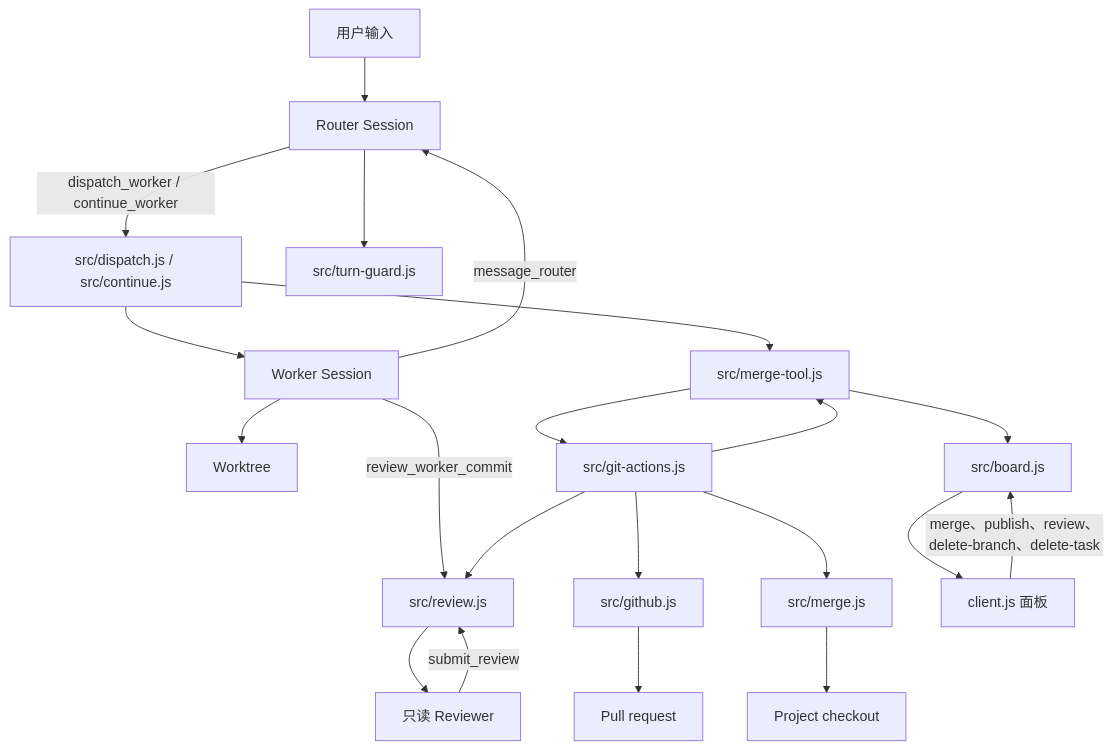
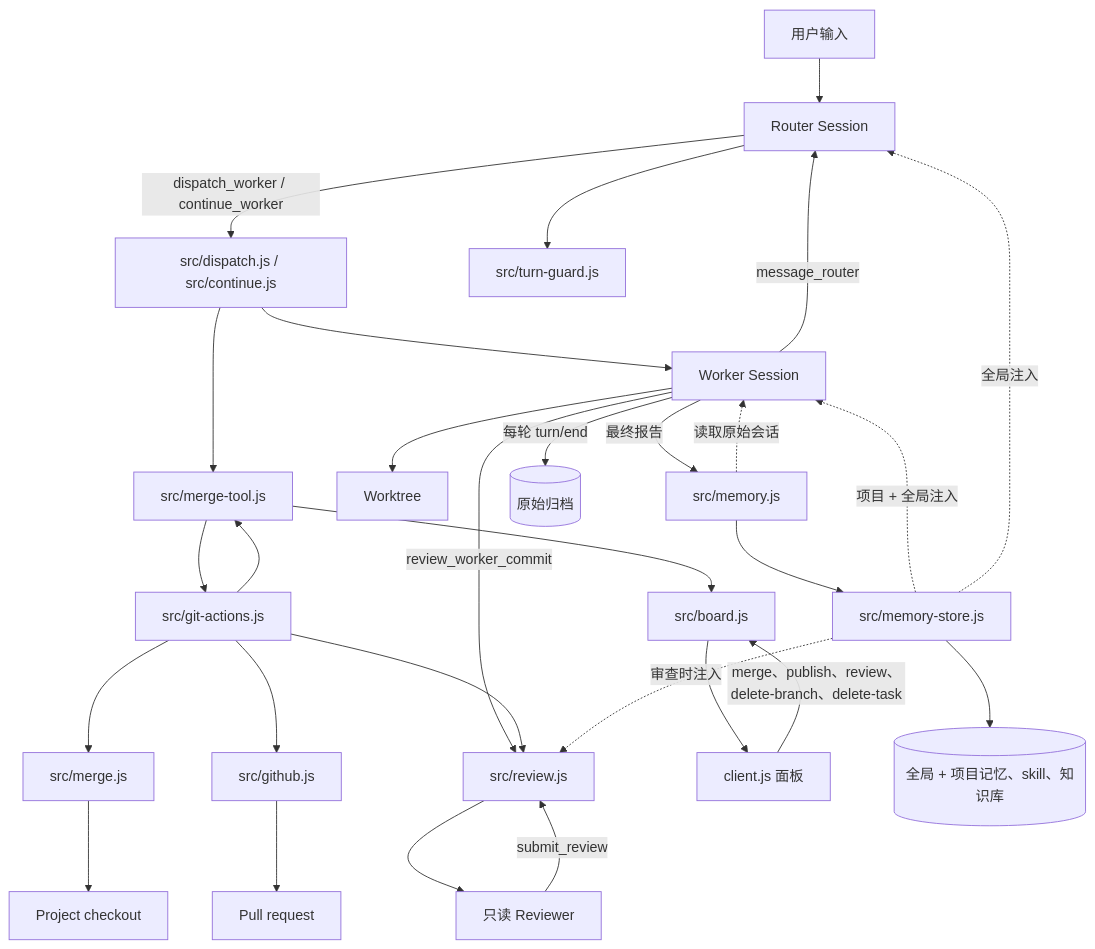
The diagram in docs/007-architecture.md (LMQ00/superagent-lite), drawn with Mermaid before and after one commit. The commit also changed other lines of this file and 24 other files, not shown here.

Commit message:
feat: 按流程图重新实现记忆模块

````diff
--- a/docs/007-architecture.md
+++ b/docs/007-architecture.md
@@ -9,23 +9,31 @@
 ```mermaid
 flowchart TB
   U[用户输入] --> R[Router Session]
   R -->|dispatch_worker / continue_worker| D[src/dispatch.js / src/continue.js]
   D --> T[(Task 记录)]
   D --> W[Worker Session]
   W --> WT[Worktree]
   W -->|review_worker_commit| RV[src/review.js]
   RV --> HR[只读 Reviewer]
   HR -->|submit_review| RV
   W -->|message_router| R
   T --> G[src/git-actions.js]
   G --> M[src/merge.js]
   G --> T[src/merge-tool.js]
   G --> GH[src/github.js]
   G --> RV
   M --> P[Project checkout]
   GH --> PR[Pull request]
   T --> B[src/board.js]
   B --> C[client.js 面板]
   C -->|merge、publish、review、delete-branch、delete-task| B
   R --> TG[src/turn-guard.js]
+  W -->|最终报告| ME[src/memory.js]
+  W -->|每轮 turn/end| AR[(原始归档)]
+  ME -.->|读取原始会话| W
+  ME --> MS[src/memory-store.js]
+  MS --> MF[(全局 + 项目记忆、skill、知识库)]
+  MS -.->|项目 + 全局注入| W
+  MS -.->|全局注入| R
+  MS -.->|审查时注入| RV
 ```
````
